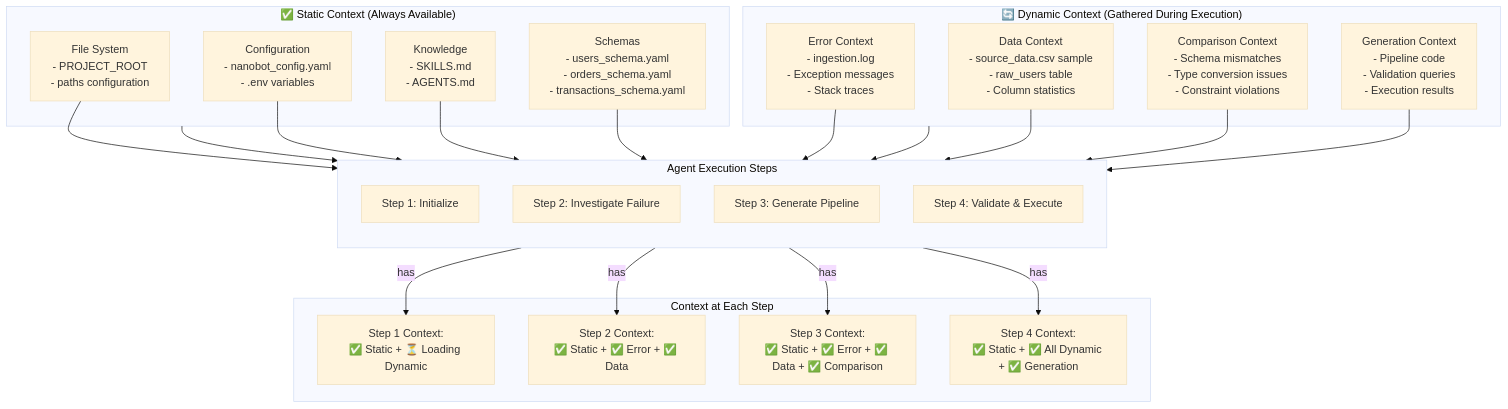
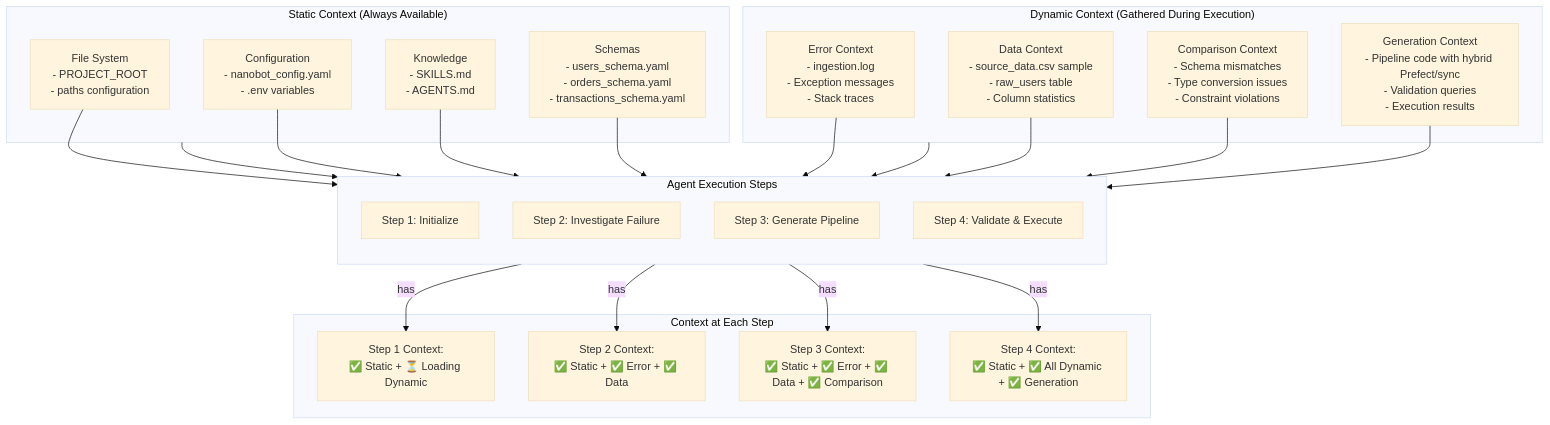
Before and after one commit to antquinonez/loops-data-ingestion: the seventh of 10 diagrams in ARCHITECTURE.md, drawn with Mermaid (base theme). The commit also changed other lines of this file and 1 other file, not shown here.

````diff
--- a/ARCHITECTURE.md
+++ b/ARCHITECTURE.md
@@ -402,49 +488,49 @@
 ```mermaid
 flowchart TB
-    subgraph StaticContext["✅ Static Context (Always Available)"]
+    subgraph StaticContext["Static Context (Always Available)"]
         SC1["File System\n- PROJECT_ROOT\n- paths configuration"]
         SC2["Configuration\n- nanobot_config.yaml\n- .env variables"]
         SC3["Knowledge\n- SKILLS.md\n- AGENTS.md"]
         SC4["Schemas\n- users_schema.yaml\n- orders_schema.yaml\n- transactions_schema.yaml"]
     end
     
-    subgraph DynamicContext["🔄 Dynamic Context (Gathered During Execution)"]
+    subgraph DynamicContext["Dynamic Context (Gathered During Execution)"]
         DC1["Error Context\n- ingestion.log\n- Exception messages\n- Stack traces"]
         DC2["Data Context\n- source_data.csv sample\n- raw_users table\n- Column statistics"]
         DC3["Comparison Context\n- Schema mismatches\n- Type conversion issues\n- Constraint violations"]
-        DC4["Generation Context\n- Pipeline code\n- Validation queries\n- Execution results"]
+        DC4["Generation Context\n- Pipeline code with hybrid Prefect/sync\n- Validation queries\n- Execution results"]
     end
     
     subgraph AgentSteps["Agent Execution Steps"]
         direction TB
         S1["Step 1: Initialize"]
         S2["Step 2: Investigate Failure"]
         S3["Step 3: Generate Pipeline"]
         S4["Step 4: Validate & Execute"]
     end
     
     subgraph ContextAtEachStep["Context at Each Step"]
         C1["Step 1 Context:\n✅ Static + ⏳ Loading Dynamic"]
         C2["Step 2 Context:\n✅ Static + ✅ Error + ✅ Data"]
         C3["Step 3 Context:\n✅ Static + ✅ Error + ✅ Data + ✅ Comparison"]
         C4["Step 4 Context:\n✅ Static + ✅ All Dynamic + ✅ Generation"]
     end
     
     StaticContext --> AgentSteps
     DynamicContext --> AgentSteps
     
     S1 -->|has| C1
     S2 -->|has| C2
     S3 -->|has| C3
     S4 -->|has| C4
     
     SC1 & SC2 & SC3 & SC4 --> S1
     DC1 & DC2 --> S2
     DC3 --> S3
     DC4 --> S4
     
     classDef static fill:#e8f5e9,stroke:#2e7d32
     classDef dynamic fill:#fff3e0,stroke:#f57c00
     classDef step fill:#e3f2fd,stroke:#1976d2
     classDef context fill:#f3e5f5,stroke:#7b1fa2
 ```
````
